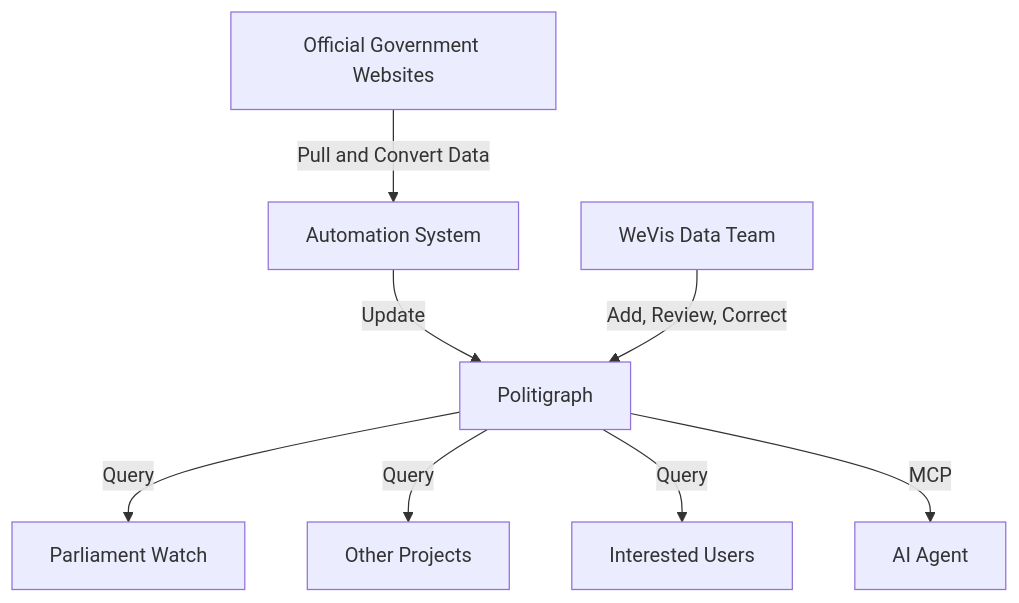
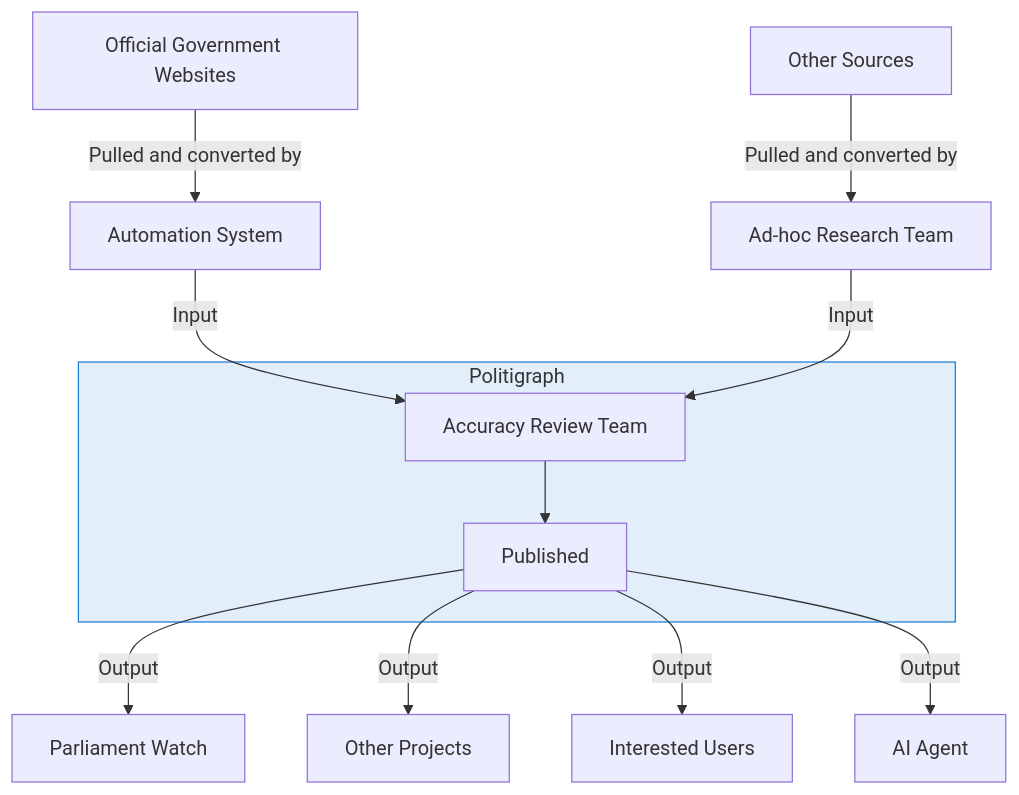
Before and after one commit to wevisdemo/politigraph: the first of 2 diagrams in apps/docs/src/content/docs/en/getting-started/index.mdx, drawn with Mermaid. The commit also changed other lines of this file and 20 other files, not shown here.

Commit message:
feat(docs): document data sources, GraphQL Playground, and AI usage flows

````diff
--- a/apps/docs/src/content/docs/en/getting-started/index.mdx
+++ b/apps/docs/src/content/docs/en/getting-started/index.mdx
@@ -22,10 +26,19 @@
 ```mermaid
 graph TD
-  A[Official Government Websites] -->|Pull and Convert Data| B[Automation System]
-  B -->|Update| C[Politigraph]
-  D[WeVis Data Team] -->|Add, Review, Correct| C
-  C -->|Query| E[Parliament Watch]
-  C -->|Query| F[Other Projects]
-  C -->|Query| G[Interested Users]
-  C -->|MCP| H[AI Agent]
+  A[Official Government Websites] -->|Pulled and converted by| B[Automation System]
+  D[Other Sources] -->|Pulled and converted by| E[Ad-hoc Research Team]
+
+  B -->|Input| F
+  E -->|Input| F
+
+  subgraph P[Politigraph]
+    F[Accuracy Review Team] --> G[Published]
+  end
+
+  G -->|Output| H[Parliament Watch]
+  G -->|Output| I[Other Projects]
+  G -->|Output| J[Interested Users]
+  G -->|Output| K[AI Agent]
+
+  style P fill:#1c7ed620,stroke:#1c7ed6,stroke-width:1px
 ```
````
